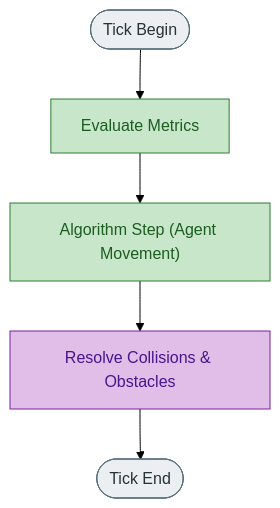
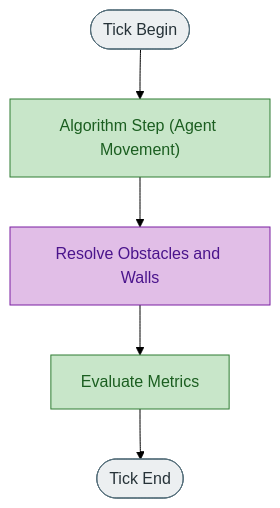
The second of 2 diagrams in docs/architecture.md (lykimq/HerdSim), drawn with Mermaid (forest theme) before and after one commit. The commit also changed other lines of this file and 31 other files, not shown here.

````diff
--- a/docs/architecture.md
+++ b/docs/architecture.md
@@ -75,21 +80,21 @@
 ```mermaid
 flowchart TD
   startTick([Tick Begin])
+  stepAlg["Algorithm Step (Agent Movement)"]
+  obst["Resolve Obstacles and Walls"]
   met["Evaluate Metrics"]
-  stepAlg["Algorithm Step (Agent Movement)"]
-  obst["Resolve Collisions & Obstacles"]
   done(["Tick End"])
 
-  startTick --> met
-  met --> stepAlg
+  startTick --> stepAlg
   stepAlg --> obst
-  obst --> done
+  obst --> met
+  met --> done
 
   classDef domain fill:#c8e6c9,stroke:#2e7d32,color:#1b5e20
   classDef shared fill:#e1bee7,stroke:#7b1fa2,color:#4a148c
   classDef start fill:#eceff1,stroke:#546e7a,color:#263238
 
   class startTick,done start
   class met,stepAlg domain
   class obst shared
 ```
````
